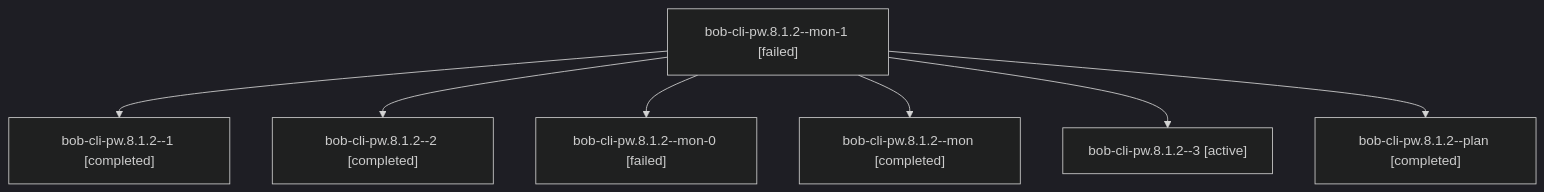
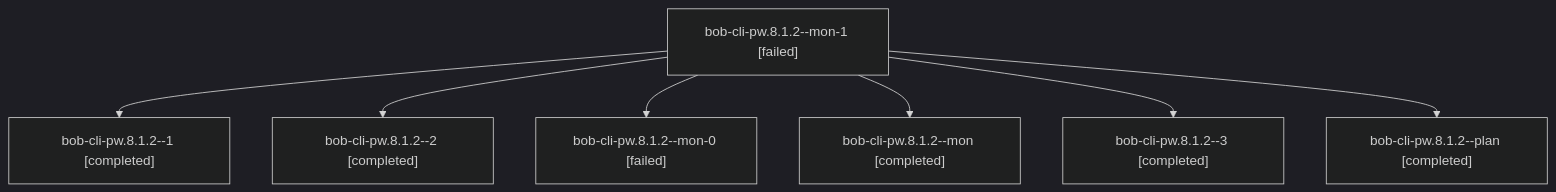
The diagram in sessions/bbugyi200.apollo.bob-cli-pw.8.1.2.md (bobs-org/bob-cli--agents), drawn with Mermaid (dark theme) before and after one commit. The commit also changed other lines of this file and 79 other files, not shown here.

````diff
--- a/sessions/bbugyi200.apollo.bob-cli-pw.8.1.2.md
+++ b/sessions/bbugyi200.apollo.bob-cli-pw.8.1.2.md
@@ -9,16 +9,16 @@
 ```mermaid
 flowchart TD
   n0["bob-cli-pw.8.1.2--mon-1 [failed]"]
   n1["bob-cli-pw.8.1.2--1 [completed]"]
   n0 --> n1
   n2["bob-cli-pw.8.1.2--2 [completed]"]
   n0 --> n2
   n3["bob-cli-pw.8.1.2--mon-0 [failed]"]
   n0 --> n3
   n4["bob-cli-pw.8.1.2--mon [completed]"]
   n0 --> n4
-  n5["bob-cli-pw.8.1.2--3 [active]"]
+  n5["bob-cli-pw.8.1.2--3 [completed]"]
   n0 --> n5
   n6["bob-cli-pw.8.1.2--plan [completed]"]
   n0 --> n6
 ```
````
